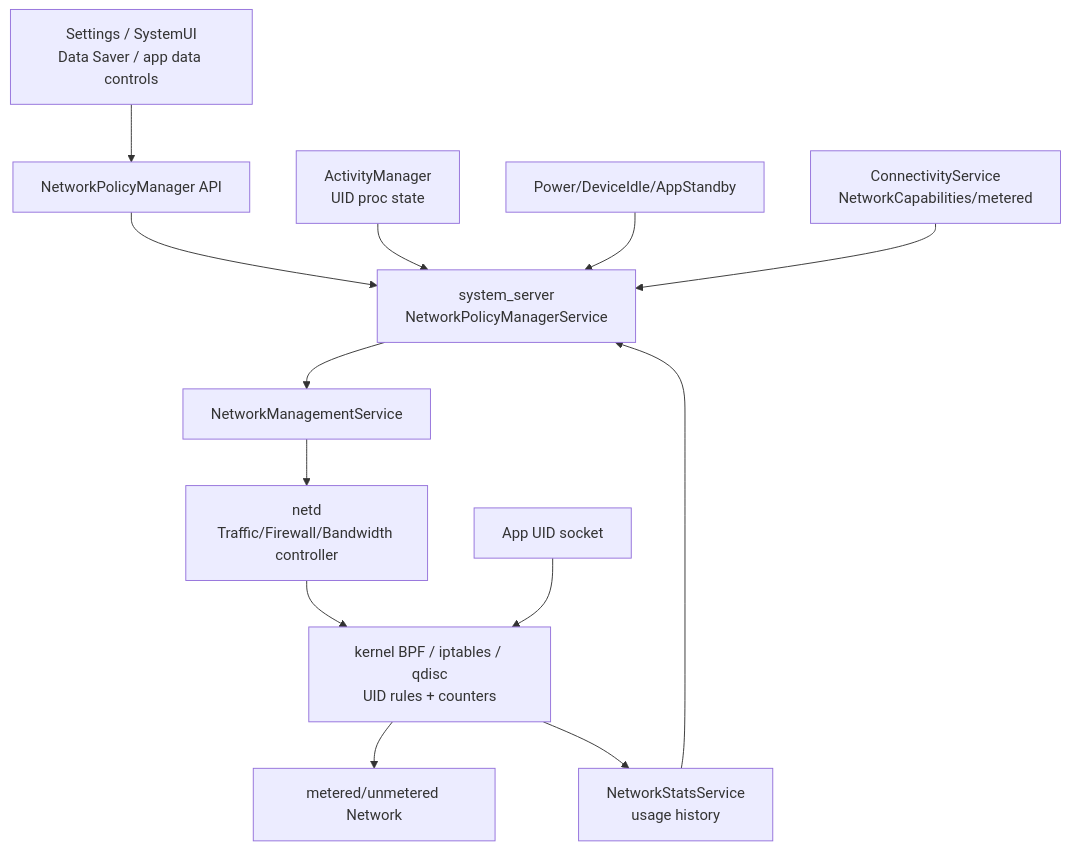
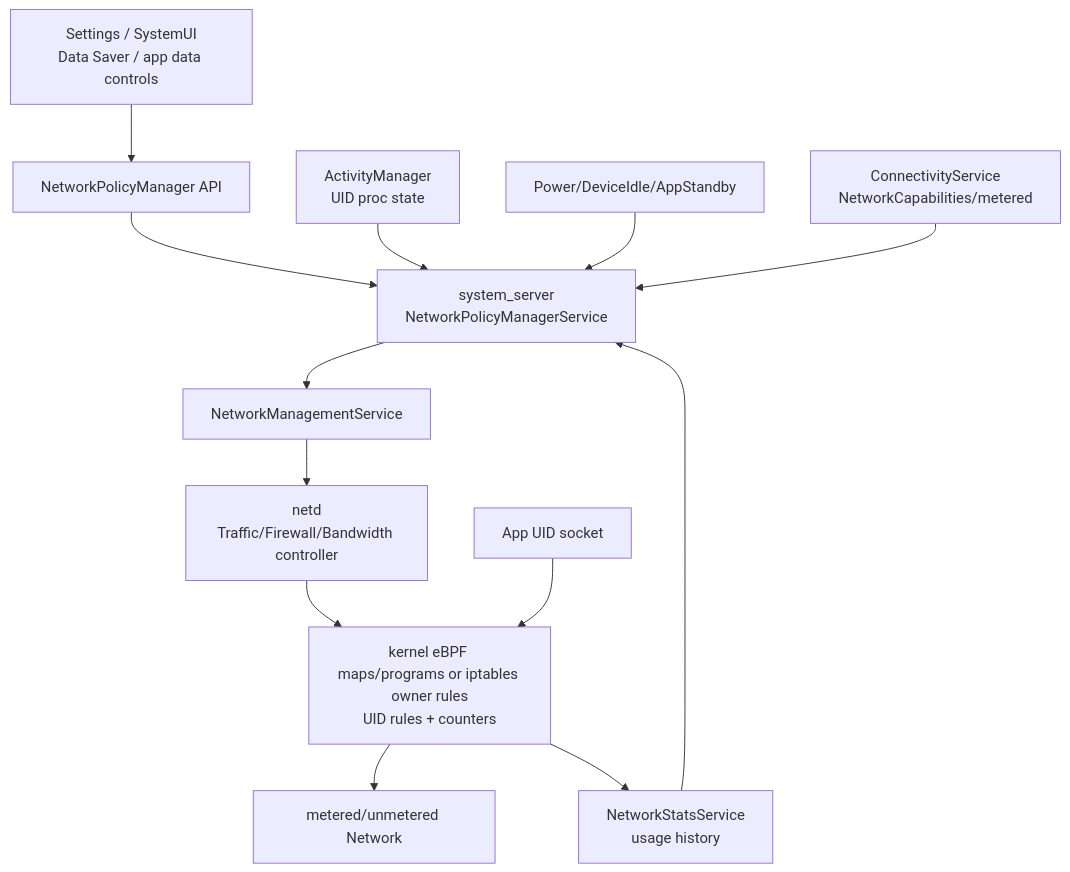
The first of 2 diagrams in Android源码学习/42-Android网络策略NetworkPolicyManagerDataSaver与UID防火墙.md (junyingzhao001/StudyNotes), drawn with Mermaid before and after one commit. The commit also changed other lines of this file and 617 other files, not shown here.

````diff
--- a/Android源码学习/42-Android网络策略NetworkPolicyManagerDataSaver与UID防火墙.md
+++ b/Android源码学习/42-Android网络策略NetworkPolicyManagerDataSaver与UID防火墙.md
@@ -25,24 +25,24 @@
 ```mermaid
 flowchart TB
     UI["Settings / SystemUI\nData Saver / app data controls"]
     NPM["NetworkPolicyManager API"]
     NPMS["system_server\nNetworkPolicyManagerService"]
     AMS["ActivityManager\nUID proc state"]
     PM["Power/DeviceIdle/AppStandby"]
     CS["ConnectivityService\nNetworkCapabilities/metered"]
     NSS["NetworkStatsService\nusage history"]
     NMS["NetworkManagementService"]
     NETD["netd\nTraffic/Firewall/Bandwidth controller"]
-    K["kernel BPF / iptables / qdisc\nUID rules + counters"]
+    K["kernel eBPF maps/programs or iptables owner rules\nUID rules + counters"]
     APP["App UID socket"]
     NET["metered/unmetered Network"]
 
     UI --> NPM --> NPMS
     AMS --> NPMS
     PM --> NPMS
     CS --> NPMS
     NSS --> NPMS
     NPMS --> NMS --> NETD --> K
     APP --> K --> NET
     K --> NSS
 ```
````
